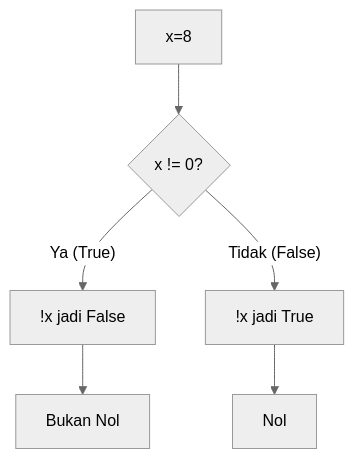
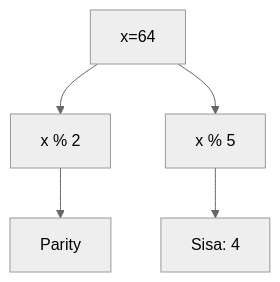
The fourth of 25 diagrams in part-c-pemahaman-cpp/02-percabangan/latihan/set-06.md (amnahwaida/OSNK_INF_PREP), drawn with Mermaid (neutral theme) before and after one commit. The commit also changed other lines of this file and 71 other files, not shown here.

````diff
--- a/part-c-pemahaman-cpp/02-percabangan/latihan/set-06.md
+++ b/part-c-pemahaman-cpp/02-percabangan/latihan/set-06.md
@@ -113,8 +116,7 @@
 ```mermaid
 graph TD
-    A[x=8] --> B{x != 0?}
-    B -- Ya (True) --> C["!x jadi False"]
-    B -- Tidak (False) --> D["!x jadi True"]
-    C --> E[Bukan Nol]
-    D --> F[Nol]
+A[x=64] --> B[x % 2]
+B --> C[Parity]
+A --> D[x % 5]
+D --> E[Sisa: 4]
 ```
````
